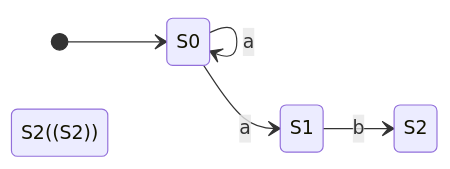
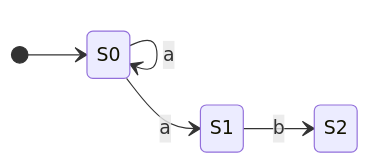
The fourth of 14 diagrams in docs/fundamentals/finite_state_machines.md (bradpenney/exploring_computer_science), drawn with Mermaid before and after one commit. The commit also changed other lines of this file and 6 other files, not shown here.

````diff
--- a/docs/fundamentals/finite_state_machines.md
+++ b/docs/fundamentals/finite_state_machines.md
@@ -136,9 +136,8 @@
 ```mermaid
 stateDiagram-v2
     direction LR
     [*] --> S0
     S0 --> S0: a
     S0 --> S1: a
     S1 --> S2: b
-    S2((S2))
 ```
````
